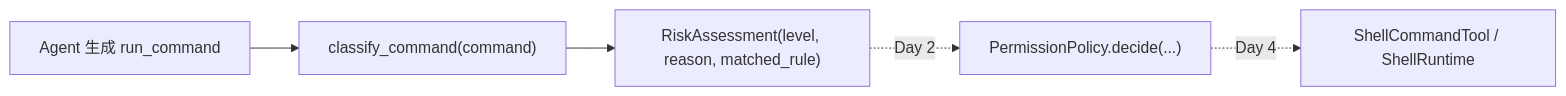
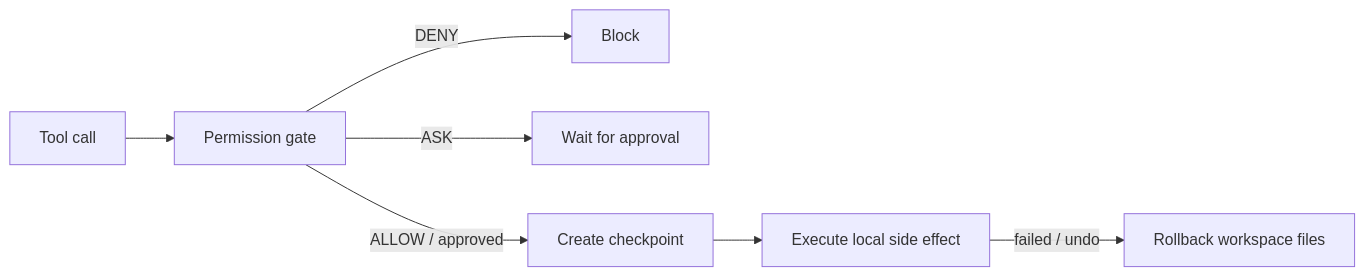
The diagram in docs/05_LEARNING_NOTES.md (nanhanq1/personal-coding-assistant), drawn with Mermaid before and after one commit. The commit also changed other lines of this file and 30 other files, not shown here.

````diff
--- a/docs/05_LEARNING_NOTES.md
+++ b/docs/05_LEARNING_NOTES.md
@@ -11,7 +9,9 @@
 ```mermaid
 flowchart LR
-    A["Agent 生成 run_command"] --> B["classify_command(command)"]
-    B --> C["RiskAssessment(level, reason, matched_rule)"]
-    C -. "Day 2" .-> D["PermissionPolicy.decide(...)"]
-    D -. "Day 4" .-> E["ShellCommandTool / ShellRuntime"]
+    A["Tool call"] --> B["Permission gate"]
+    B -->|"DENY"| C["Block"]
+    B -->|"ASK"| D["Wait for approval"]
+    B -->|"ALLOW / approved"| E["Create checkpoint"]
+    E --> F["Execute local side effect"]
+    F -->|"failed / undo"| G["Rollback workspace files"]
 ```
````
